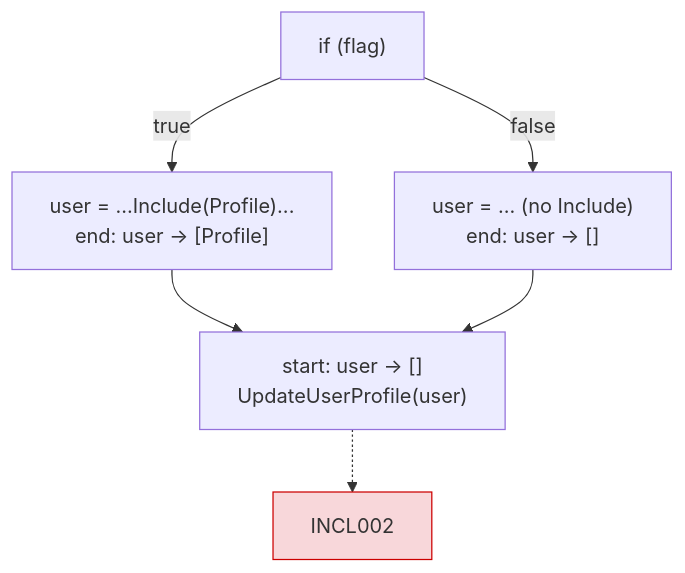
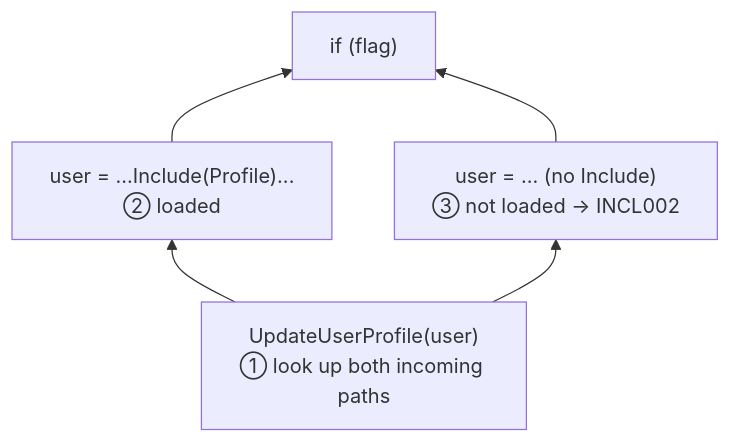
Before and after one commit to saritasa-nest/saritasa-dotnet-tools: the diagram in src/Saritasa.Tools.CodeAnalyzers/Analyzers/NavigationInclude/README.md, drawn with Mermaid. The commit also changed other lines of this file and 14 other files, not shown here.

````diff
--- a/src/Saritasa.Tools.CodeAnalyzers/Analyzers/NavigationInclude/README.md
+++ b/src/Saritasa.Tools.CodeAnalyzers/Analyzers/NavigationInclude/README.md
@@ -32,9 +29,7 @@
 ```mermaid
-flowchart TD
-    B1["if (flag)"] -- true --> B2["user = ...Include(Profile)...<br/>end: user → [Profile]"]
-    B1 -- false --> B3["user = ... (no Include)<br/>end: user → []"]
-    B2 --> B4["start: user → []<br/>UpdateUserProfile(user)"]
-    B3 --> B4
-    B4 -.-> R["INCL002"]
-    style R fill:#f8d7da,stroke:#c00
+flowchart BT
+    C["UpdateUserProfile(user)<br/>① look up both incoming paths"] --> A["user = ...Include(Profile)...<br/>② loaded"]
+    C --> B["user = ... (no Include)<br/>③ not loaded → INCL002"]
+    A --> I["if (flag)"]
+    B --> I
 ```
````
